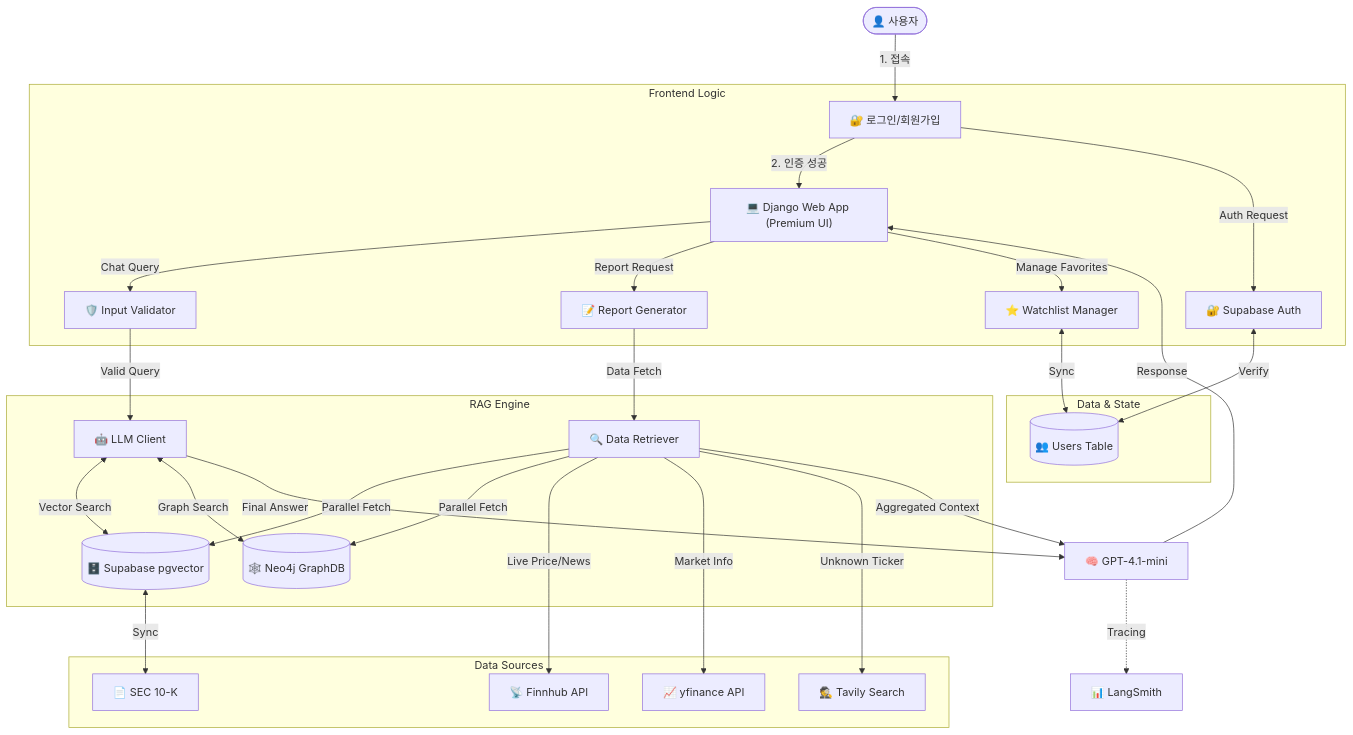
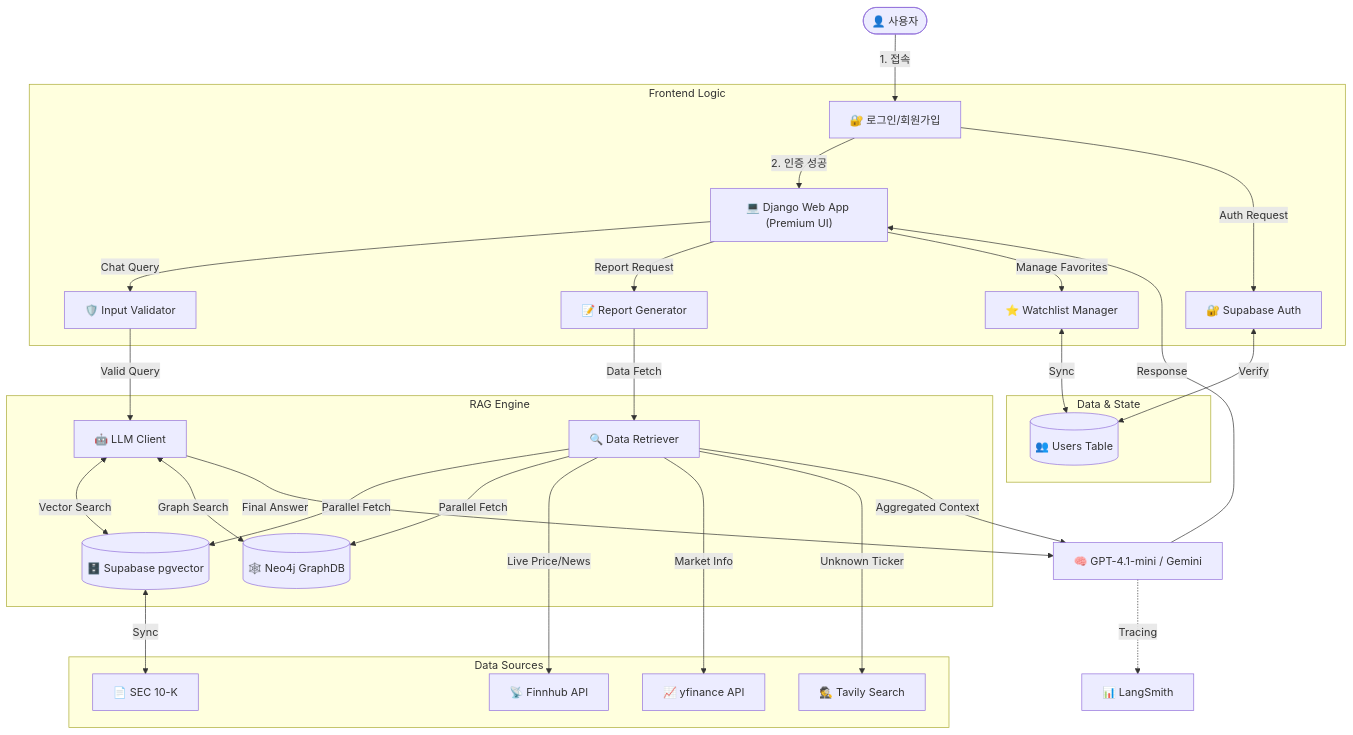
One commit to SKNETWORKS-FAMILY-AICAMP/SKN22-4th-4Team changed the first of 2 diagrams in README.md. Above: the diagram before and after it, drawn with Mermaid. The commit also changed 1 other file, not shown here.

Commit message:
fix(docs): completely escape all mermaid node labels with double quotes

````diff
--- a/README.md
+++ b/README.md
@@ -32,40 +32,40 @@
 ```mermaid
 graph TD
     User(["👤 사용자"]) -->|1. 접속| Login["🔐 로그인/회원가입"]
     Login -->|2. 인증 성공| UI["💻 Django Web App (Premium UI)"]
     
     subgraph Frontend Logic
-        Login -->|Auth Request| Auth[🔐 Supabase Auth]
-        UI -->|Chat Query| Validator[🛡️ Input Validator]
-        UI -->|Report Request| ReportGen[📝 Report Generator]
-        UI -->|Manage Favorites| Watchlistmgr[⭐ Watchlist Manager]
+        Login -->|Auth Request| Auth["🔐 Supabase Auth"]
+        UI -->|Chat Query| Validator["🛡️ Input Validator"]
+        UI -->|Report Request| ReportGen["📝 Report Generator"]
+        UI -->|Manage Favorites| Watchlistmgr["⭐ Watchlist Manager"]
     end
 
     subgraph "Data & State"
         Auth <-->|Verify| UserDB[("👥 Users Table")]
         Watchlistmgr <-->|Sync| UserDB
     end
 
     subgraph RAG Engine
-        Validator -->|Valid Query| Agent[🤖 LLM Client]
-        ReportGen -->|Data Fetch| Retriever[🔍 Data Retriever]
+        Validator -->|Valid Query| Agent["🤖 LLM Client"]
+        ReportGen -->|Data Fetch| Retriever["🔍 Data Retriever"]
         
         Agent <-->|Vector Search| VectorDB[("🗄️ Supabase pgvector")]
         Agent <-->|Graph Search| GraphDB[("🕸️ Neo4j GraphDB")]
         
         Retriever -->|Parallel Fetch| VectorDB
         Retriever -->|Parallel Fetch| GraphDB
     end
 
     subgraph Data Sources
-        Retriever -->|Live Price/News| Finnhub[📡 Finnhub API]
-        Retriever -->|Market Info| Yahoo[📈 yfinance API]
-        Retriever -->|Unknown Ticker| Tavily[🕵️ Tavily Search]
-        VectorDB <-->|Sync| SEC[📄 SEC 10-K]
+        Retriever -->|Live Price/News| Finnhub["📡 Finnhub API"]
+        Retriever -->|Market Info| Yahoo["📈 yfinance API"]
+        Retriever -->|Unknown Ticker| Tavily["🕵️ Tavily Search"]
+        VectorDB <-->|Sync| SEC["📄 SEC 10-K"]
     end
 
-    Retriever -->|Aggregated Context| LLM[🧠 GPT-4.1-mini]
+    Retriever -->|Aggregated Context| LLM["🧠 GPT-4.1-mini / Gemini"]
     Agent -->|Final Answer| LLM
     LLM -->|Response| UI
-    LLM -.->|Tracing| LS[📊 LangSmith]
+    LLM -.->|Tracing| LS["📊 LangSmith"]
 ```
````
